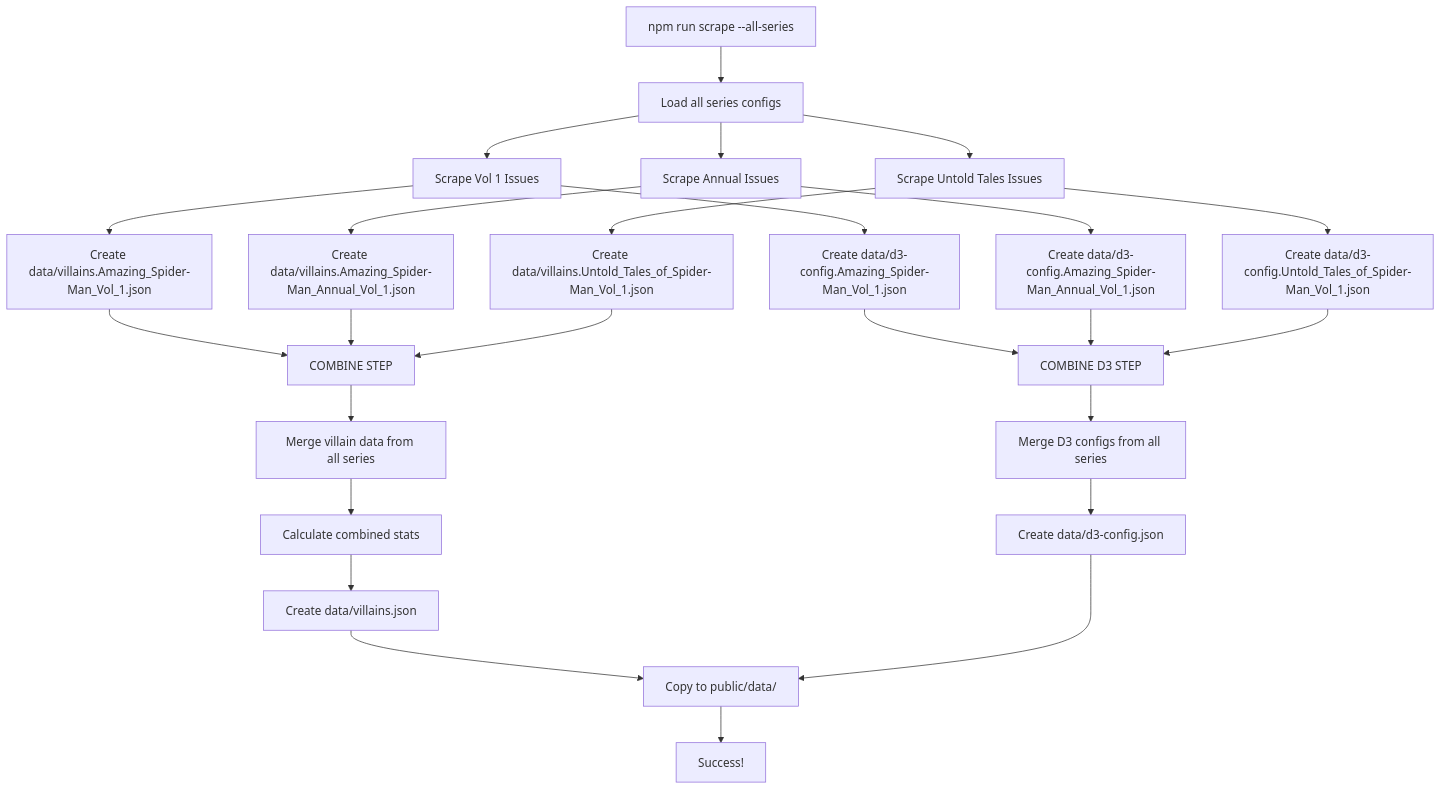
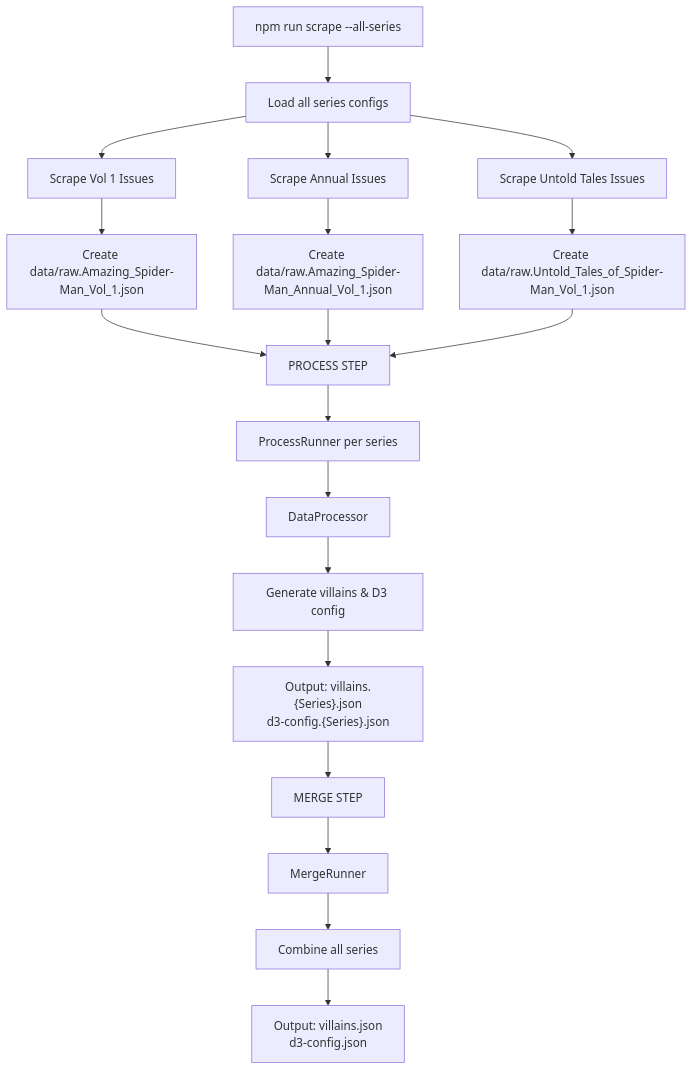
One commit to liammcnabb/spider-man-villain-viz changed the third of 6 diagrams in DATA_FLOW_DIAGRAM.md. Above: the diagram before and after it, drawn with Mermaid. The commit also changed other lines of this file and 7 other files, not shown here.

````diff
--- a/DATA_FLOW_DIAGRAM.md
+++ b/DATA_FLOW_DIAGRAM.md
@@ -5,37 +83,26 @@
 ```mermaid
 graph TD
     A["npm run scrape --all-series"] --> B["Load all series configs"]
     
     B --> C1["Scrape Vol 1 Issues"]
     B --> C2["Scrape Annual Issues"]
     B --> C3["Scrape Untold Tales Issues"]
     
-    C1 --> D1["Create data/villains.Amazing_Spider-Man_Vol_1.json"]
-    C1 --> D1b["Create data/d3-config.Amazing_Spider-Man_Vol_1.json"]
+    C1 --> D1["Create data/raw.Amazing_Spider-Man_Vol_1.json"]
+    C2 --> D2["Create data/raw.Amazing_Spider-Man_Annual_Vol_1.json"]
+    C3 --> D3["Create data/raw.Untold_Tales_of_Spider-Man_Vol_1.json"]
     
-    C2 --> D2["Create data/villains.Amazing_Spider-Man_Annual_Vol_1.json"]
-    C2 --> D2b["Create data/d3-config.Amazing_Spider-Man_Annual_Vol_1.json"]
-    
-    C3 --> D3["Create data/villains.Untold_Tales_of_Spider-Man_Vol_1.json"]
-    C3 --> D3b["Create data/d3-config.Untold_Tales_of_Spider-Man_Vol_1.json"]
-    
-    D1 --> E["COMBINE STEP"]
+    D1 --> E["PROCESS STEP"]
     D2 --> E
     D3 --> E
     
-    D1b --> F["COMBINE D3 STEP"]
-    D2b --> F
-    D3b --> F
+    E --> P1["ProcessRunner per series"]
+    P1 --> P2["DataProcessor"]
+    P2 --> P3["Generate villains & D3 config"]
+    P3 --> P4["Output: villains.{Series}.json<br/>d3-config.{Series}.json"]
     
-    E --> G["Merge villain data from all series"]
-    G --> H["Calculate combined stats"]
-    H --> I["Create data/villains.json"]
-    
-    F --> J["Merge D3 configs from all series"]
-    J --> K["Create data/d3-config.json"]
-    
-    I --> L["Copy to public/data/"]
-    K --> L
-    
-    L --> M["Success!"]
+    P4 --> M["MERGE STEP"]
+    M --> MR["MergeRunner"]
+    MR --> MC["Combine all series"]
+    MC --> MO["Output: villains.json<br/>d3-config.json"]
 ```
````
